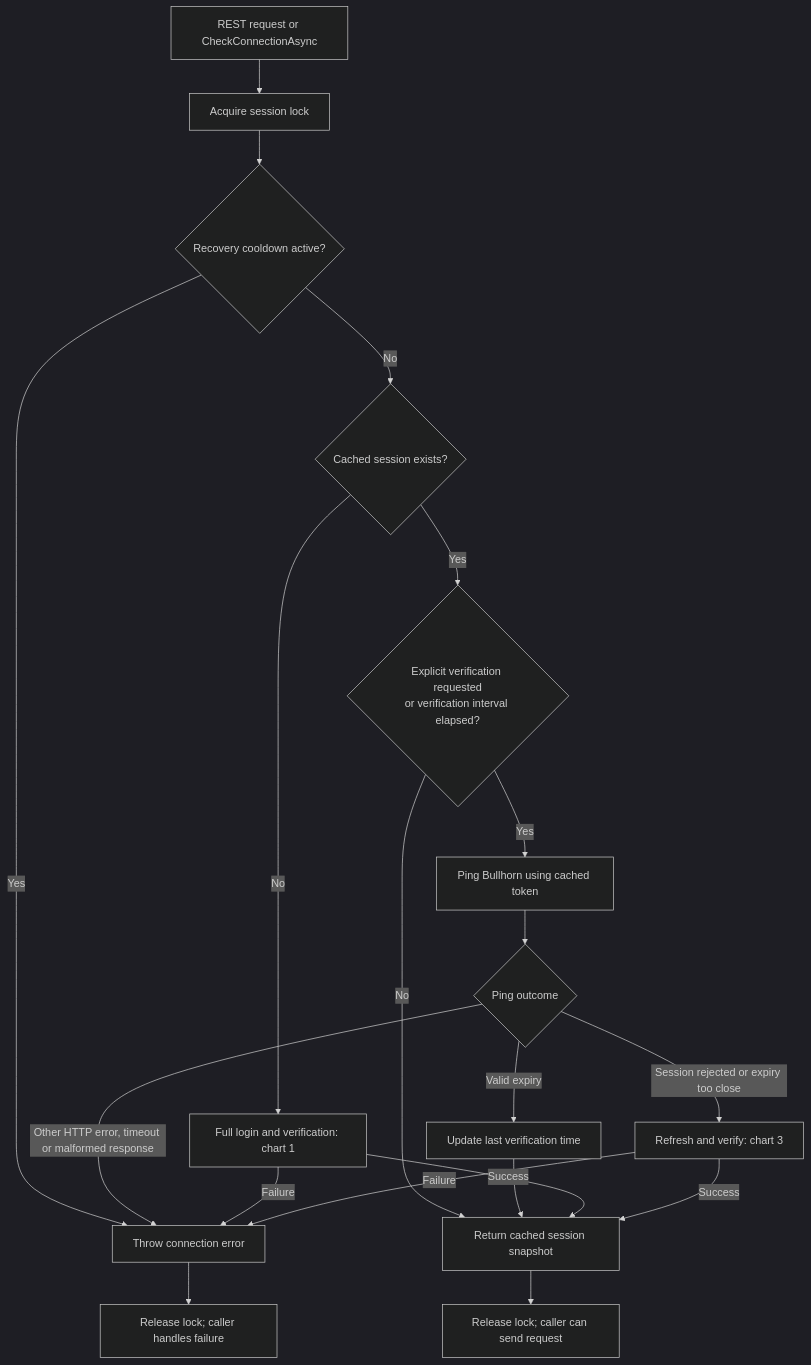
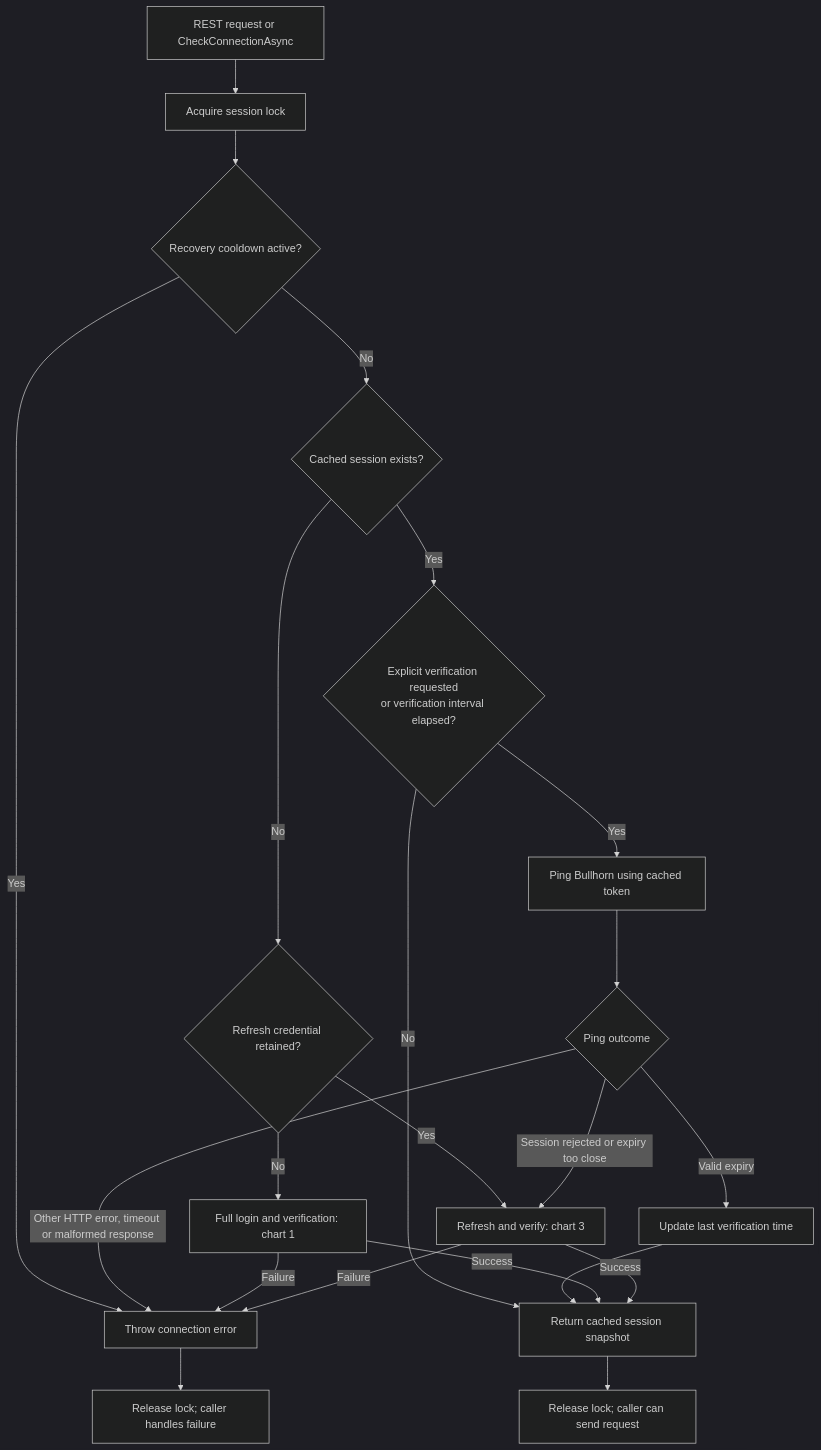
One commit to api-bureau/bullhorn-api changed the second of 4 diagrams in README.md. Above: the diagram before and after it, drawn with Mermaid (dark theme). The commit also changed other lines of this file, not shown here.

First line of the commit message:
docs: README.md - clarify and standardize sequence diagrams

````diff
--- a/README.md
+++ b/README.md
@@ -92,22 +95,24 @@
 ```mermaid
 flowchart TD
     A["REST request or CheckConnectionAsync"] --> B["Acquire session lock"]
     B --> C{"Recovery cooldown active?"}
     C -->|Yes| X["Throw connection error"]
     C -->|No| D{"Cached session exists?"}
-    D -->|No| L["Full login and verification: chart 1"]
+    D -->|No| O{"Refresh credential retained?"}
+    O -->|No| L["Full login and verification: chart 1"]
+    O -->|Yes| H
     D -->|Yes| E{"Explicit verification requested<br/>or verification interval elapsed?"}
     E -->|No| R["Return cached session snapshot"]
     E -->|Yes| P["Ping Bullhorn using cached token"]
     P --> Q{"Ping outcome"}
     Q -->|"Valid expiry"| V["Update last verification time"]
     V --> R
     Q -->|"Session rejected or expiry too close"| H["Refresh and verify: chart 3"]
     Q -->|"Other HTTP error, timeout or malformed response"| X
     L -->|Success| R
     H -->|Success| R
     L -->|Failure| X
     H -->|Failure| X
     R --> F["Release lock; caller can send request"]
     X --> G["Release lock; caller handles failure"]
 ```
````
